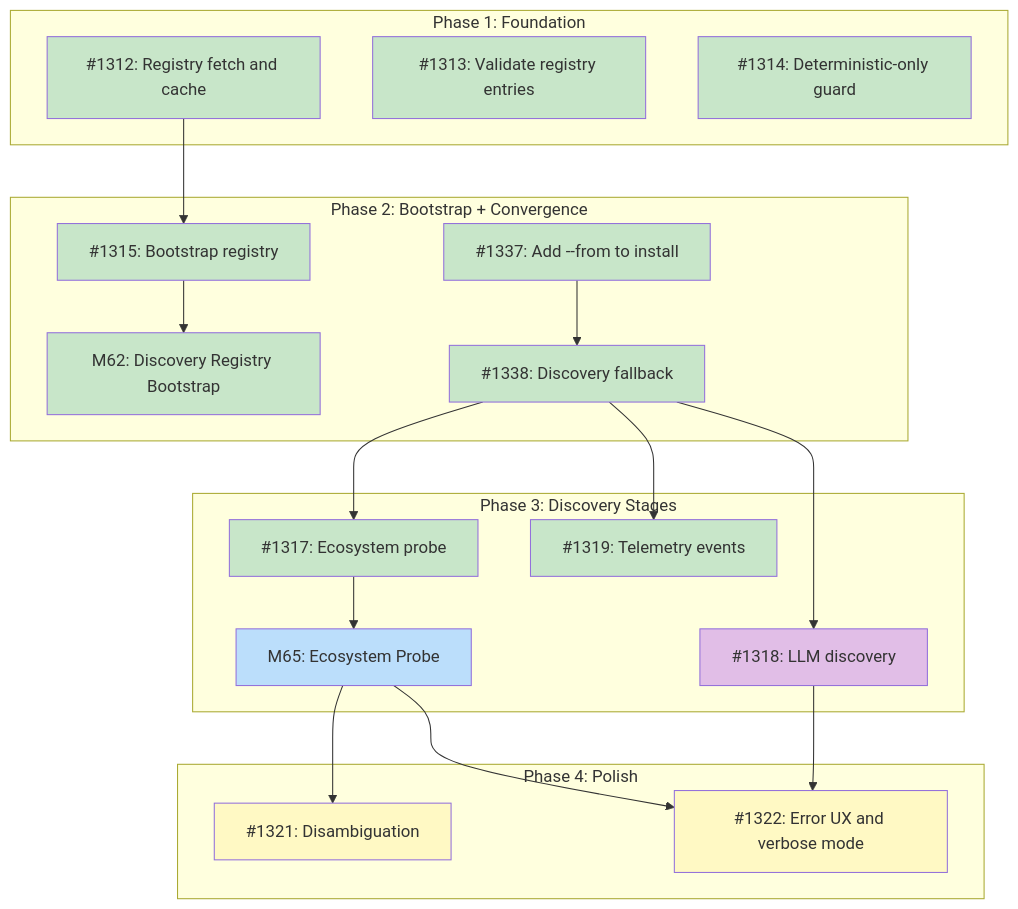
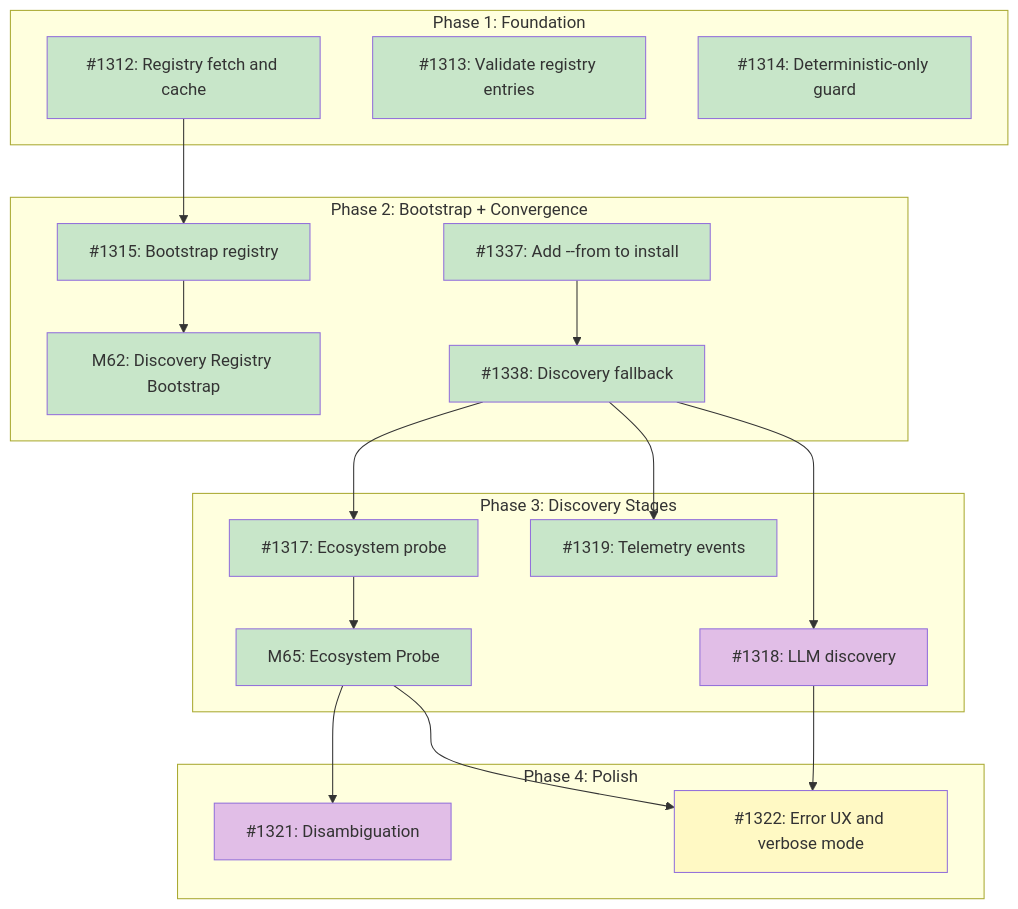
One commit to tsukumogami/tsuku changed the diagram in docs/designs/DESIGN-discovery-resolver.md. Above: the diagram before and after it, drawn with Mermaid. The commit also changed other lines of this file and 2 other files, not shown here.

````diff
--- a/docs/designs/DESIGN-discovery-resolver.md
+++ b/docs/designs/DESIGN-discovery-resolver.md
@@ -64,54 +64,54 @@
 ```mermaid
 graph TD
     subgraph Phase1["Phase 1: Foundation"]
         I1312["#1312: Registry fetch and cache"]
         I1313["#1313: Validate registry entries"]
         I1314["#1314: Deterministic-only guard"]
     end
 
     subgraph Phase2["Phase 2: Bootstrap + Convergence"]
         M62["M62: Discovery Registry Bootstrap"]
         I1315["#1315: Bootstrap registry"]
         I1337["#1337: Add --from to install"]
         I1338["#1338: Discovery fallback"]
     end
 
     subgraph Phase3["Phase 3: Discovery Stages"]
         I1317["#1317: Ecosystem probe"]
         M65["M65: Ecosystem Probe"]
         I1318["#1318: LLM discovery"]
         I1319["#1319: Telemetry events"]
     end
 
     subgraph Phase4["Phase 4: Polish"]
         I1321["#1321: Disambiguation"]
         I1322["#1322: Error UX and verbose mode"]
     end
 
     I1312 --> I1315
     I1315 --> M62
     I1337 --> I1338
     I1338 --> I1317
     I1317 --> M65
     I1338 --> I1318
     I1338 --> I1319
     M65 --> I1321
     M65 --> I1322
     I1318 --> I1322
 
     classDef done fill:#c8e6c9
     classDef ready fill:#bbdefb
     classDef blocked fill:#fff9c4
     classDef needsDesign fill:#e1bee7
 
     class I1312,I1313,I1314 done
     class I1337,I1338 done
     class I1319 done
     class I1317 done
     class I1318 needsDesign
-    class M65 ready
+    class M65 done
     class M62 done
     class I1315 done
-    class I1321 blocked
+    class I1321 needsDesign
     class I1322 blocked
 ```
````
